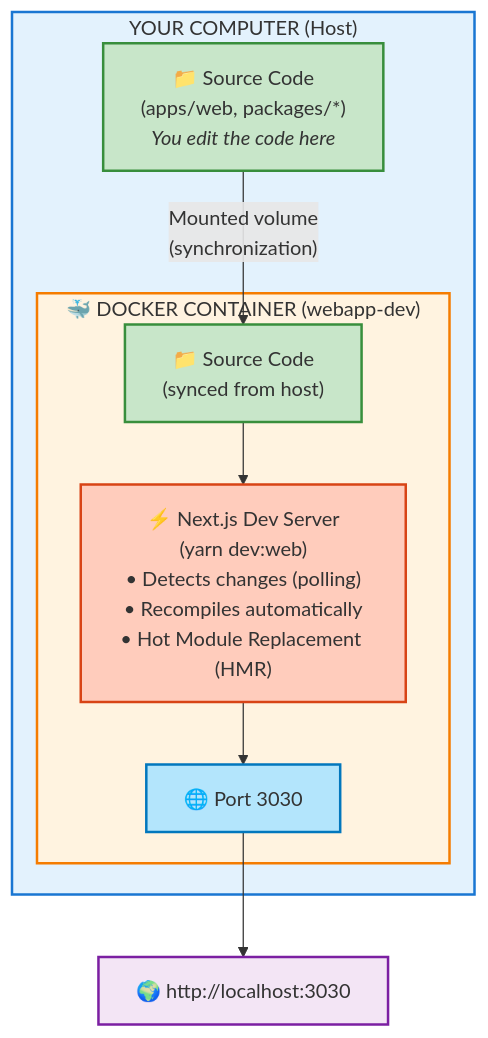
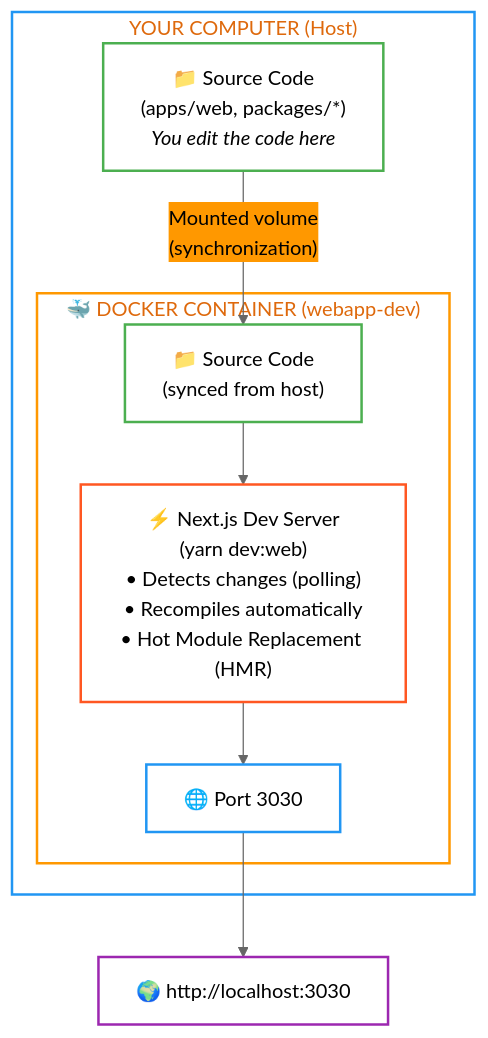
Before and after one commit to ever-co/ever-teams: the second of 4 diagrams in DOCKER_DEV_VS_PROD.md, drawn with Mermaid. The commit also changed other lines of this file and 1 other file, not shown here.

````diff
--- a/DOCKER_DEV_VS_PROD.md
+++ b/DOCKER_DEV_VS_PROD.md
@@ -56,27 +57,28 @@
 ```mermaid
+%%{init: {'theme':'base', 'themeVariables': { 'primaryColor':'#4CAF50','primaryTextColor':'#000','primaryBorderColor':'#2E7D32','lineColor':'#666','secondaryColor':'#FF9800','tertiaryColor':'#2196F3'}}}%%
 graph TB
     subgraph Host["YOUR COMPUTER (Host)"]
         SourceCode["📁 Source Code<br/>(apps/web, packages/*)<br/><i>You edit the code here</i>"]
 
         subgraph Container["🐳 DOCKER CONTAINER (webapp-dev)"]
             SyncedCode["📁 Source Code<br/>(synced from host)"]
             DevServer["⚡ Next.js Dev Server<br/>(yarn dev:web)<br/>• Detects changes (polling)<br/>• Recompiles automatically<br/>• Hot Module Replacement (HMR)"]
             Port["🌐 Port 3030"]
         end
     end
 
     Browser["🌍 http://localhost:3030"]
 
     SourceCode -->|"Mounted volume<br/>(synchronization)"| SyncedCode
     SyncedCode --> DevServer
     DevServer --> Port
     Port --> Browser
 
-    style Host fill:#e3f2fd,stroke:#1976d2,stroke-width:2px
-    style Container fill:#fff3e0,stroke:#f57c00,stroke-width:2px
-    style SourceCode fill:#c8e6c9,stroke:#388e3c,stroke-width:2px
-    style SyncedCode fill:#c8e6c9,stroke:#388e3c,stroke-width:2px
-    style DevServer fill:#ffccbc,stroke:#d84315,stroke-width:2px
-    style Port fill:#b3e5fc,stroke:#0277bd,stroke-width:2px
-    style Browser fill:#f3e5f5,stroke:#7b1fa2,stroke-width:2px
+    style Host fill:none,stroke:#2196F3,stroke-width:2px
+    style Container fill:none,stroke:#FF9800,stroke-width:2px
+    style SourceCode fill:none,stroke:#4CAF50,stroke-width:2px
+    style SyncedCode fill:none,stroke:#4CAF50,stroke-width:2px
+    style DevServer fill:none,stroke:#FF5722,stroke-width:2px
+    style Port fill:none,stroke:#2196F3,stroke-width:2px
+    style Browser fill:none,stroke:#9C27B0,stroke-width:2px
 ```
````
